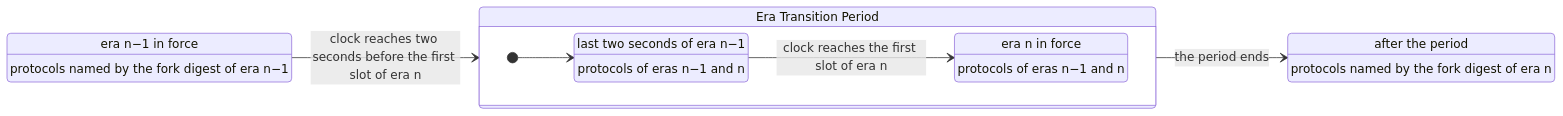
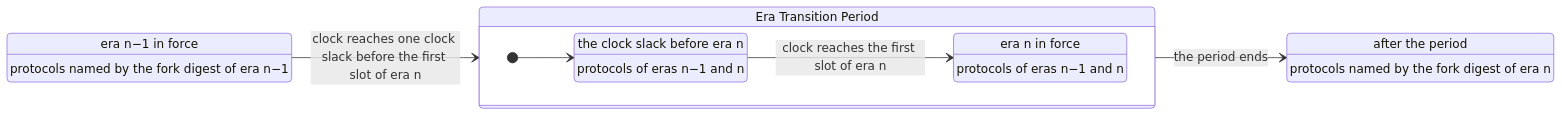
One commit to logos-co/logos-lips changed the sixth of 7 diagrams in docs/blockchain/raw/bedrock-eras.md. Above: the diagram before and after it, drawn with Mermaid. The commit also changed other lines of this file and 3 other files, not shown here.

First line of the commit message:
docs(blockchain): start Blend bootstrapping and the SDP snapshot one clock slack early

````diff
--- a/docs/blockchain/raw/bedrock-eras.md
+++ b/docs/blockchain/raw/bedrock-eras.md
@@ -254,19 +254,19 @@
 ```mermaid
 stateDiagram-v2
     direction LR
     state "era n−1 in force" as a
     a: protocols named by the fork digest of era n−1
     state "Era Transition Period" as p {
         direction LR
-        state "last two seconds of era n−1" as e
+        state "the clock slack before era n" as e
         e: protocols of eras n−1 and n
         state "era n in force" as b
         b: protocols of eras n−1 and n
         [*] --> e
         e --> b: clock reaches the first slot of era n
     }
     state "after the period" as c
     c: protocols named by the fork digest of era n
-    a --> p: clock reaches two seconds before the first slot of era n
+    a --> p: clock reaches one clock slack before the first slot of era n
     p --> c: the period ends
 ```
````
